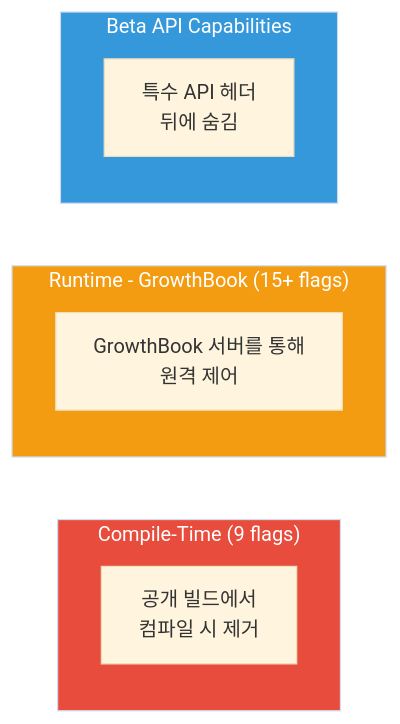
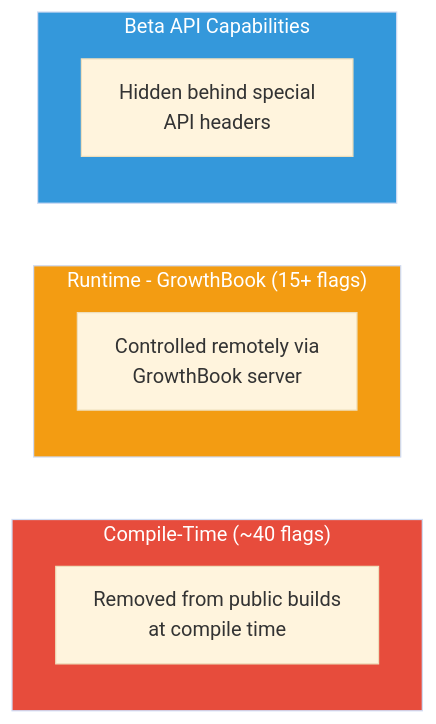
One commit to hi-space/claude-code-unpack-docs changed the first of 3 diagrams in docs/deep/ko/hidden-features/feature-flags.md. Above: the diagram before and after it, drawn with Mermaid (base theme). The commit also changed other lines of this file and 51 other files, not shown here.

````diff
--- a/docs/deep/ko/hidden-features/feature-flags.md
+++ b/docs/deep/ko/hidden-features/feature-flags.md
@@ -7,18 +9,18 @@
 ```mermaid
 graph LR
-    subgraph Compile["Compile-Time (9 flags)"]
-        CT[공개 빌드에서<br/>컴파일 시 제거]
+    subgraph Compile["Compile-Time (~40 flags)"]
+        CT[Removed from public builds<br/>at compile time]
     end
 
     subgraph Runtime["Runtime - GrowthBook (15+ flags)"]
-        RT[GrowthBook 서버를 통해<br/>원격 제어]
+        RT[Controlled remotely via<br/>GrowthBook server]
     end
 
     subgraph Beta["Beta API Capabilities"]
-        BA[특수 API 헤더<br/>뒤에 숨김]
+        BA[Hidden behind special<br/>API headers]
     end
 
     style Compile fill:#e74c3c,color:#fff
     style Runtime fill:#f39c12,color:#fff
     style Beta fill:#3498db,color:#fff
 ```
````
